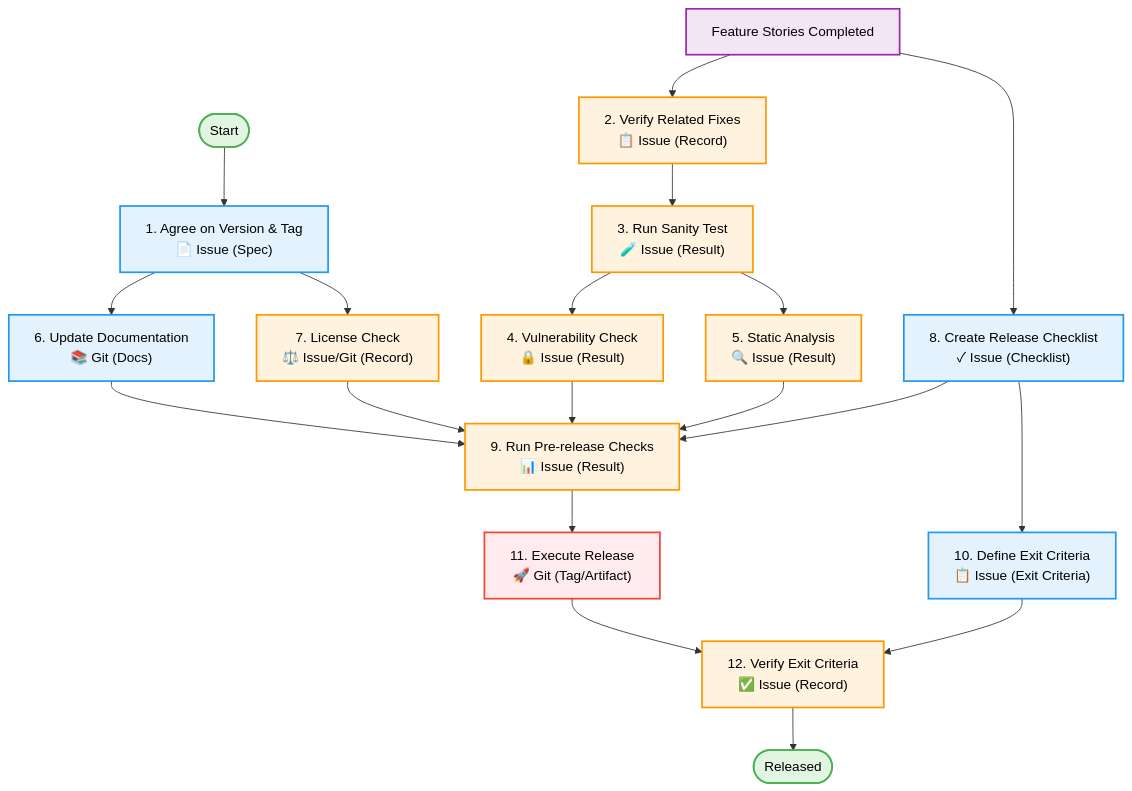
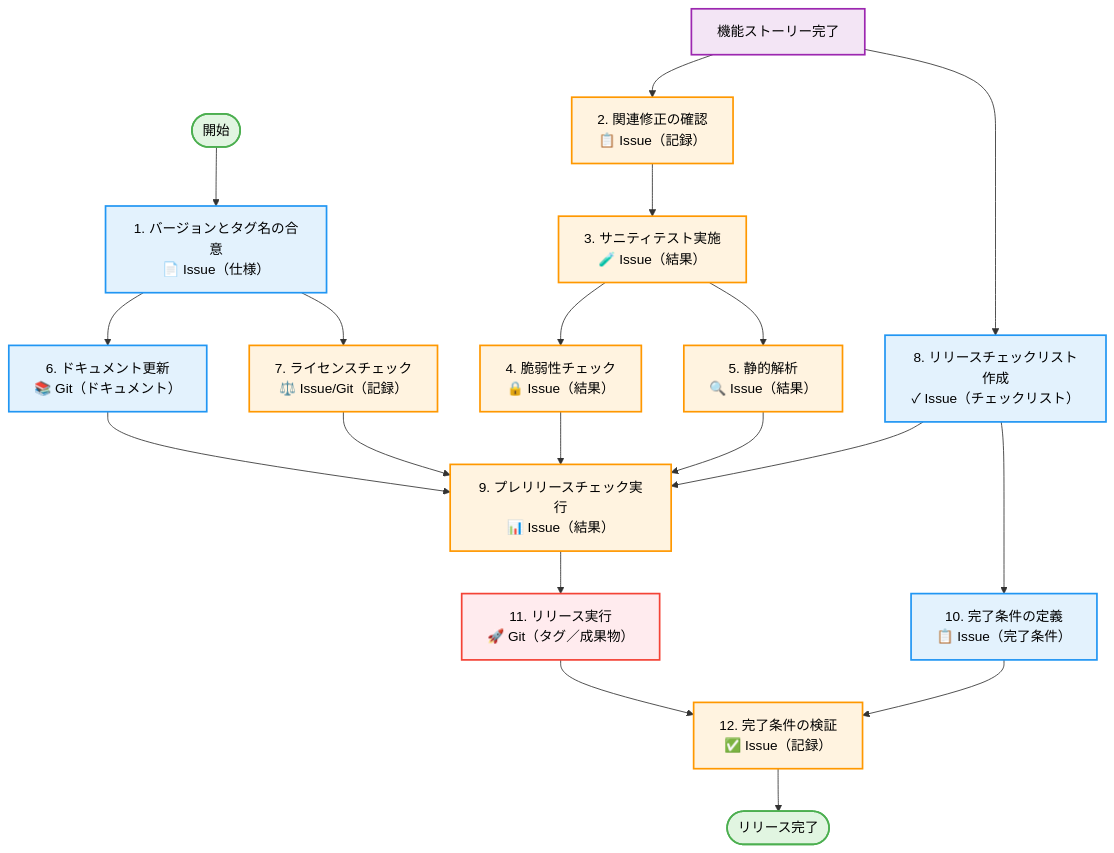
Before and after one commit to LongbowXXX/ai-tuber: the fourth of 4 diagrams in knowledge/workflows/workflow.md, drawn with Mermaid. The commit also changed other lines of this file and 68 other files, not shown here.

````diff
--- a/knowledge/workflows/workflow.md
+++ b/knowledge/workflows/workflow.md
@@ -190,35 +190,35 @@
 ```mermaid
 graph TD
-    Start([Start]) --> T1
-    Features[Feature Stories Completed] --> T2
+  Start([開始]) --> T1
+  Features[機能ストーリー完了] --> T2
 
-    T1["1. Agree on Version & Tag<br/>📄 Issue (Spec)"] --> T6
+  T1["1. バージョンとタグ名の合意<br/>📄 Issue（仕様）"] --> T6
     T1 --> T7
-    T2["2. Verify Related Fixes<br/>📋 Issue (Record)"] --> T3
-    T3["3. Run Sanity Test<br/>🧪 Issue (Result)"] --> T4
+  T2["2. 関連修正の確認<br/>📋 Issue（記録）"] --> T3
+  T3["3. サニティテスト実施<br/>🧪 Issue（結果）"] --> T4
     T3 --> T5
-    T4["4. Vulnerability Check<br/>🔒 Issue (Result)"] --> T9
-    T5["5. Static Analysis<br/>🔍 Issue (Result)"] --> T9
-    T6["6. Update Documentation<br/>📚 Git (Docs)"] --> T9
-    T7["7. License Check<br/>⚖️ Issue/Git (Record)"] --> T9
-    T8["8. Create Release Checklist<br/>✓ Issue (Checklist)"] --> T9
+  T4["4. 脆弱性チェック<br/>🔒 Issue（結果）"] --> T9
+  T5["5. 静的解析<br/>🔍 Issue（結果）"] --> T9
+  T6["6. ドキュメント更新<br/>📚 Git（ドキュメント）"] --> T9
+  T7["7. ライセンスチェック<br/>⚖️ Issue/Git（記録）"] --> T9
+  T8["8. リリースチェックリスト作成<br/>✓ Issue（チェックリスト）"] --> T9
     Features --> T8
     T8 --> T10
-    T9["9. Run Pre-release Checks<br/>📊 Issue (Result)"] --> T11
-    T10["10. Define Exit Criteria<br/>📋 Issue (Exit Criteria)"] --> T12
-    T11["11. Execute Release<br/>🚀 Git (Tag/Artifact)"] --> T12
-    T12["12. Verify Exit Criteria<br/>✅ Issue (Record)"] --> End
-    End([Released])
+  T9["9. プレリリースチェック実行<br/>📊 Issue（結果）"] --> T11
+  T10["10. 完了条件の定義<br/>📋 Issue（完了条件）"] --> T12
+  T11["11. リリース実行<br/>🚀 Git（タグ／成果物）"] --> T12
+  T12["12. 完了条件の検証<br/>✅ Issue（記録）"] --> End
+  End([リリース完了])
 
     classDef startEnd fill:#e1f5e1,stroke:#4caf50,stroke-width:2px,color:#000
     classDef prereq fill:#f3e5f5,stroke:#9c27b0,stroke-width:2px,color:#000
     classDef task fill:#e3f2fd,stroke:#2196f3,stroke-width:2px,color:#000
     classDef check fill:#fff3e0,stroke:#ff9800,stroke-width:2px,color:#000
     classDef release fill:#ffebee,stroke:#f44336,stroke-width:2px,color:#000
 
     class Start,End startEnd
     class Features prereq
     class T1,T6,T8,T10 task
     class T2,T3,T4,T5,T7,T9,T12 check
     class T11 release
 ```
````
